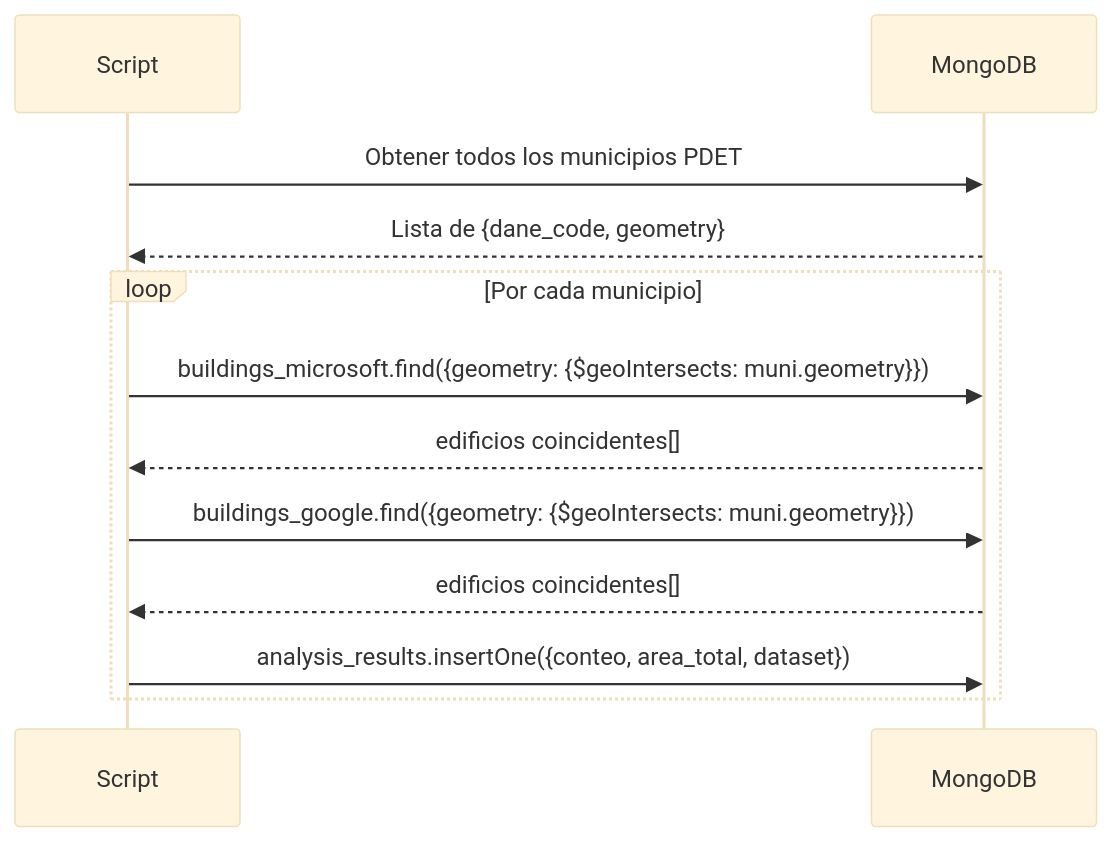
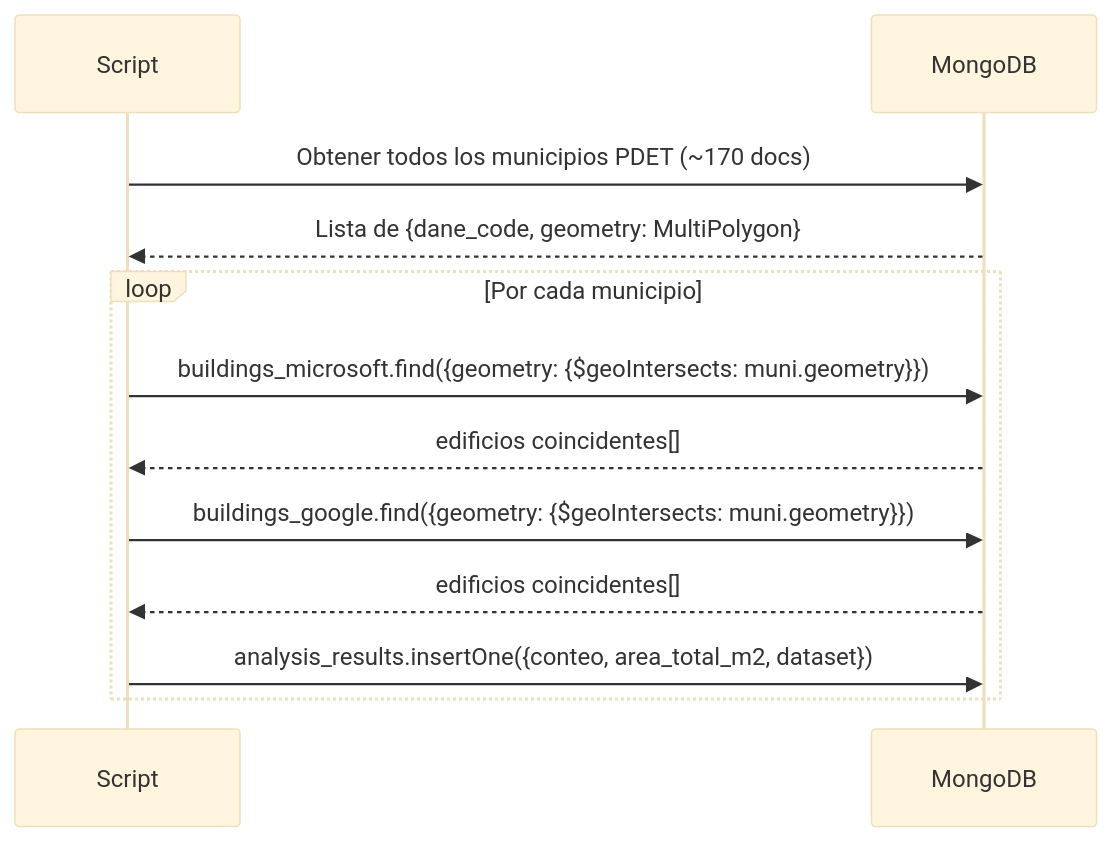
Before and after one commit to janmunoz21/Proyecto-DBA: the fourth of 4 diagrams in README.md, drawn with Mermaid (base theme). The commit also changed other lines of this file, not shown here.

````diff
--- a/README.md
+++ b/README.md
@@ -288,16 +284,16 @@
 ```mermaid
 sequenceDiagram
     participant Script
     participant MongoDB
 
-    Script->>MongoDB: Obtener todos los municipios PDET
-    MongoDB-->>Script: Lista de {dane_code, geometry}
+    Script->>MongoDB: Obtener todos los municipios PDET (~170 docs)
+    MongoDB-->>Script: Lista de {dane_code, geometry: MultiPolygon}
 
     loop Por cada municipio
         Script->>MongoDB: buildings_microsoft.find({geometry: {$geoIntersects: muni.geometry}})
         MongoDB-->>Script: edificios coincidentes[]
         Script->>MongoDB: buildings_google.find({geometry: {$geoIntersects: muni.geometry}})
         MongoDB-->>Script: edificios coincidentes[]
-        Script->>MongoDB: analysis_results.insertOne({conteo, area_total, dataset})
+        Script->>MongoDB: analysis_results.insertOne({conteo, area_total_m2, dataset})
     end
 ```
````
